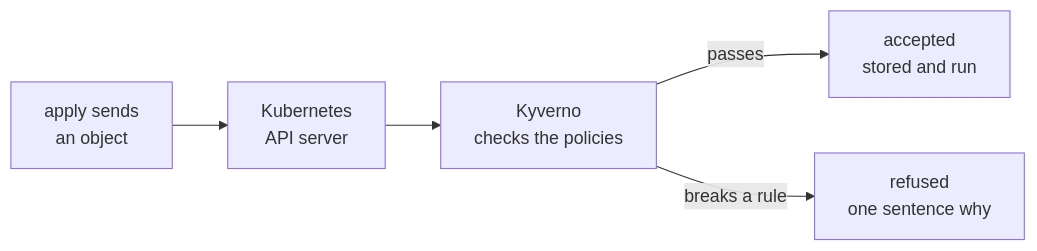
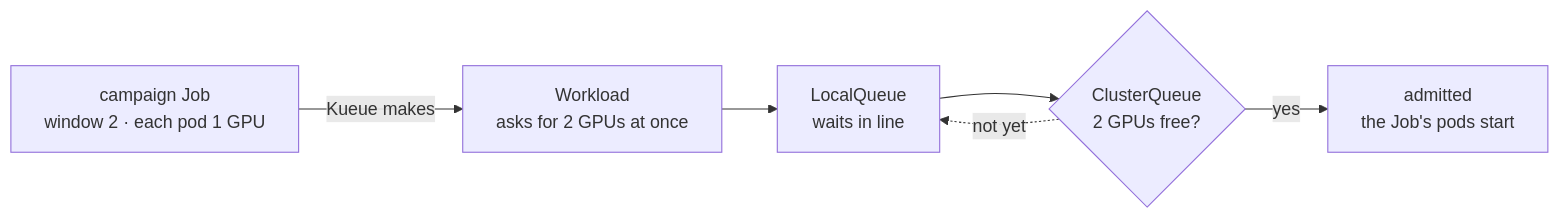
One commit to AI-Riksarkivet/htrflow-batch changed the diagram in docs/slides/assets/part-1-from-one-folder-to-the-archive-4.mmd. Above: the diagram before and after it, drawn with Mermaid. The commit also changed 22 other files, not shown here.

First line of the commit message:
docs(slides): explain the Workload, and bring LocalQueue and ClusterQueue up beside it

```diff
--- a/docs/slides/assets/part-1-from-one-folder-to-the-archive-4.mmd
+++ b/docs/slides/assets/part-1-from-one-folder-to-the-archive-4.mmd
@@ -1,9 +1,9 @@
 flowchart LR
-  A["apply sends<br/>an object"]
-  API["Kubernetes<br/>API server"]
-  K["Kyverno<br/>checks the policies"]
-  OK["accepted<br/>stored and run"]
-  NO["refused<br/>one sentence why"]
-  A --> API --> K
-  K -->|"passes"| OK
-  K -->|"breaks a rule"| NO
+  J["campaign Job<br/>window 2 · each pod 1 GPU"]
+  W["Workload<br/>asks for 2 GPUs at once"]
+  L["LocalQueue<br/>waits in line"]
+  C{"ClusterQueue<br/>2 GPUs free?"}
+  A["admitted<br/>the Job's pods start"]
+  J -->|"Kueue makes"| W --> L --> C
+  C -->|"yes"| A
+  C -.->|"not yet"| L
```
